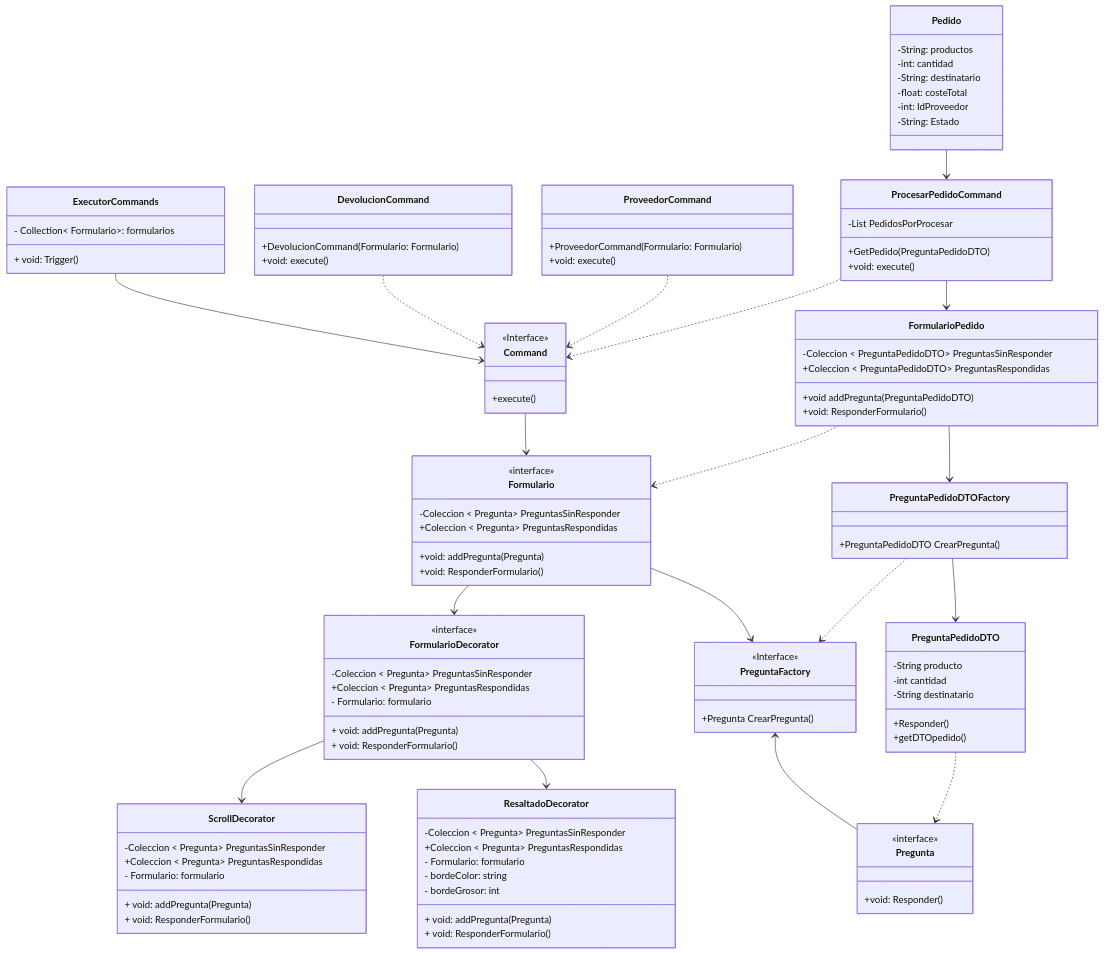
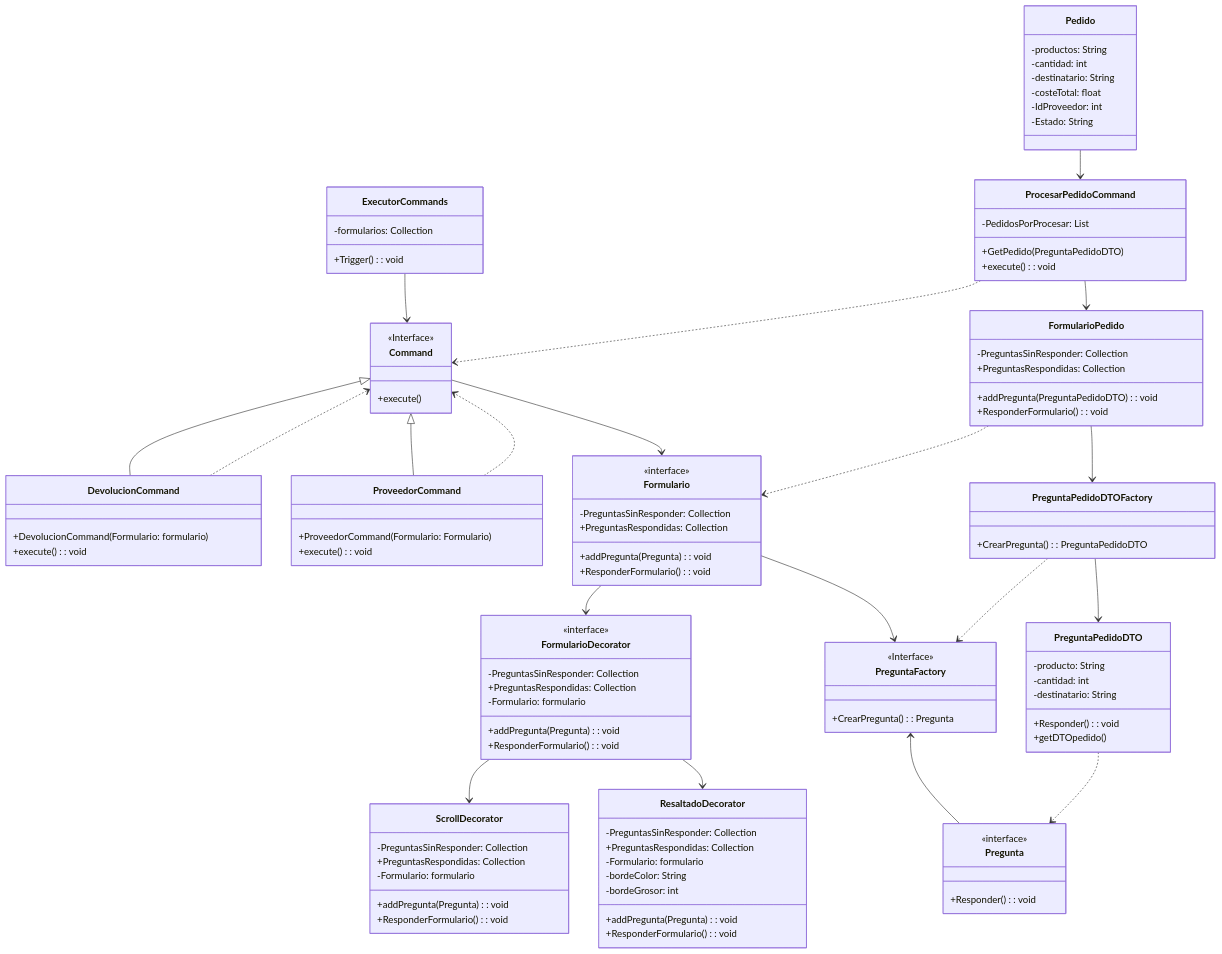
One commit to craboftw/DistribuidoraDSS changed the second of 2 diagrams in README.md. Above: the diagram before and after it, drawn with Mermaid.

````diff
--- a/README.md
+++ b/README.md
@@ -82,118 +82,117 @@
 ```mermaid
-
 classDiagram
 
 class Command {
-<<Interface>>
-+execute()
+    <<Interface>>
+    +execute()
 }
+
 class DevolucionCommand {
-+DevolucionCommand(Formulario: Formulario)
-+void: execute()
+    +DevolucionCommand(Formulario: formulario)
+    +execute(): void
 }
+
 class ExecutorCommands {
-    - Collection< Formulario>: formularios
-    + void: Trigger()
+    -formularios: Collection<Formulario>
+    +Trigger(): void
 }
 
 class ProcesarPedidoCommand {
     +GetPedido(PreguntaPedidoDTO)
-    +void: execute()
-    -List<PreguntaPedidoDTO> PedidosPorProcesar
+    +execute(): void
+    -PedidosPorProcesar: List<PreguntaPedidoDTO>
 }
+
 class ProveedorCommand {
-+ProveedorCommand(Formulario: Formulario)
-+void: execute()
+    +ProveedorCommand(Formulario: Formulario)
+    +execute(): void
 }
+
 class Formulario {
     <<interface>>
-   -Coleccion < Pregunta> PreguntasSinResponder
-   +Coleccion < Pregunta> PreguntasRespondidas
-   +void: addPregunta(Pregunta)
-+void: ResponderFormulario()
+    -PreguntasSinResponder: Collection<Pregunta>
+    +PreguntasRespondidas: Collection<Pregunta>
+    +addPregunta(Pregunta): void
+    +ResponderFormulario(): void
 }
 
-class PreguntaPedidoDTO{
-+Responder()
-+getDTOpedido()
--String producto
--int cantidad
--String destinatario
+class PreguntaPedidoDTO {
+    +Responder(): void
+    +getDTOpedido()
+    -producto: String
+    -cantidad: int
+    -destinatario: String
 }
 
 class Pedido {
--String: productos
--int: cantidad
--String: destinatario
--float: costeTotal
--int: IdProveedor
--String: Estado
+    -productos: String
+    -cantidad: int
+    -destinatario: String
+    -costeTotal: float
+    -IdProveedor: int
+    -Estado: String
 }
 
 class FormularioPedido {
-    -Coleccion < PreguntaPedidoDTO> PreguntasSinResponder
-    +Coleccion < PreguntaPedidoDTO> PreguntasRespondidas
-    +void addPregunta(PreguntaPedidoDTO)
-    +void: ResponderFormulario()
+    -PreguntasSinResponder: Collection<PreguntaPedidoDTO>
+    +PreguntasRespondidas: Collection<PreguntaPedidoDTO>
+    +addPregunta(PreguntaPedidoDTO): void
+    +ResponderFormulario(): void
 }
 
-class PreguntaPedidoDTOFactory{
-    +PreguntaPedidoDTO CrearPregunta()
+class PreguntaPedidoDTOFactory {
+    +CrearPregunta(): PreguntaPedidoDTO
 }
 
-class PreguntaFactory{
+class PreguntaFactory {
     <<Interface>>
-    +Pregunta CrearPregunta()
+    +CrearPregunta(): Pregunta
 }
 
 class Pregunta {
-   <<interface>>
-+void: Responder()
+    <<interface>>
+    +Responder(): void
 }
-
 
 class FormularioDecorator {
     <<interface>>
-        -Coleccion < Pregunta> PreguntasSinResponder
-        +Coleccion < Pregunta> PreguntasRespondidas
-        - Formulario: formulario
-        + void: addPregunta(Pregunta)
-        + void: ResponderFormulario()
+    -PreguntasSinResponder: Collection<Pregunta>
+    +PreguntasRespondidas: Collection<Pregunta>
+    -Formulario: formulario
+    +addPregunta(Pregunta): void
+    +ResponderFormulario(): void
+}
 
-    }
+class ScrollDecorator {
+    -PreguntasSinResponder: Collection<Pregunta>
+    +PreguntasRespondidas: Collection<Pregunta>
+    -Formulario: formulario
+    +addPregunta(Pregunta): void
+    +ResponderFormulario(): void
+}
 
-    class ScrollDecorator {
-        -Coleccion < Pregunta> PreguntasSinResponder
-        +Coleccion < Pregunta> PreguntasRespondidas
-        - Formulario: formulario
-        + void: addPregunta(Pregunta)
-        + void: ResponderFormulario()
+class ResaltadoDecorator {
+    -PreguntasSinResponder: Collection<Pregunta>
+    +PreguntasRespondidas: Collection<Pregunta>
+    -Formulario: formulario
+    -bordeColor: String
+    -bordeGrosor: int
+    +addPregunta(Pregunta): void
+    +ResponderFormulario(): void
+}
 
-    }
+Command <|-- DevolucionCommand
+Command <|-- ProveedorCommand
 
-    class ResaltadoDecorator {
-        -Coleccion < Pregunta> PreguntasSinResponder
-        +Coleccion < Pregunta> PreguntasRespondidas
-        - Formulario: formulario
-        - bordeColor: string
-        - bordeGrosor: int
-        + void: addPregunta(Pregunta)
-        + void: ResponderFormulario()
-    }
-
-
-%%%Command <|-- AlmacenCommand
-%%%Command <|-- ProveedorCommand
-
-    Formulario --> FormularioDecorator
-    FormularioDecorator --> ScrollDecorator
-    FormularioDecorator --> ResaltadoDecorator
+Formulario --> FormularioDecorator
+FormularioDecorator --> ScrollDecorator
+FormularioDecorator --> ResaltadoDecorator
 
 Command --> Formulario
 Formulario --> PreguntaFactory
 PreguntaFactory <-- Pregunta
 
-ExecutorCommands--> Command
+ExecutorCommands --> Command
 DevolucionCommand ..> Command
 ProveedorCommand ..> Command
 ProcesarPedidoCommand ..> Command
@@ -201,9 +200,9 @@
 Pedido --> ProcesarPedidoCommand
 ProcesarPedidoCommand --> FormularioPedido
 PreguntaPedidoDTOFactory --> PreguntaPedidoDTO
-FormularioPedido -->PreguntaPedidoDTOFactory
-PreguntaPedidoDTO ..>Pregunta
-FormularioPedido ..>Formulario
+FormularioPedido --> PreguntaPedidoDTOFactory
+PreguntaPedidoDTO ..> Pregunta
+FormularioPedido ..> Formulario
 PreguntaPedidoDTOFactory ..> PreguntaFactory
 
 
````
